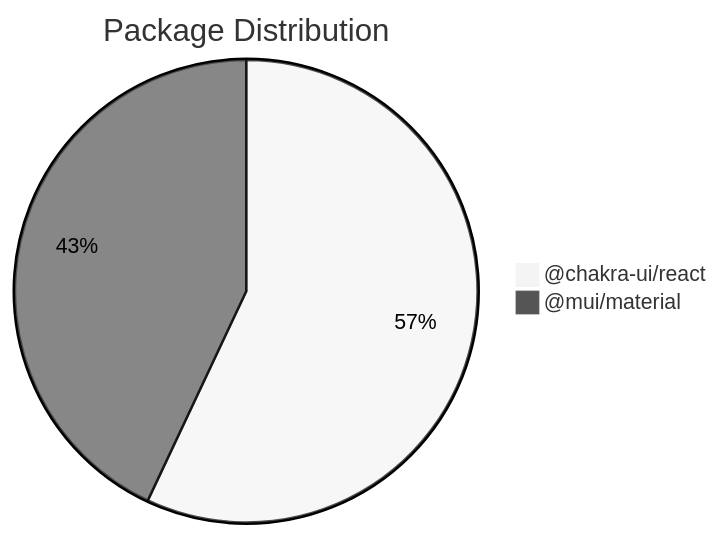
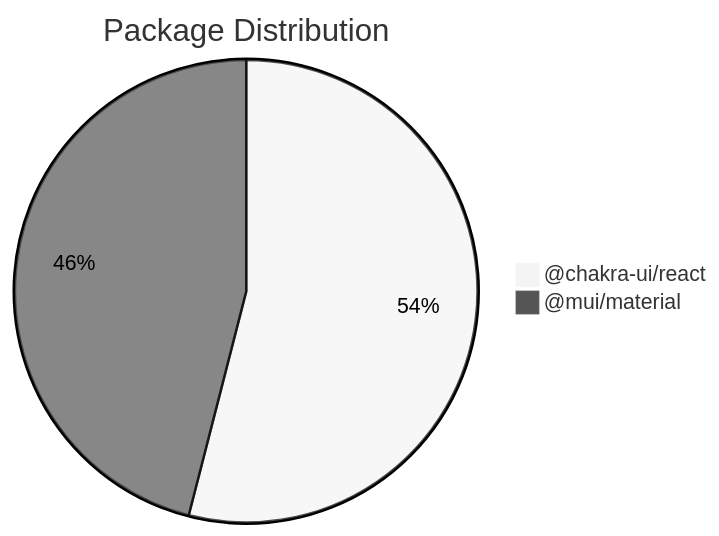
One commit to star4beam/react-package-analyzer changed the second of 2 diagrams in test-project-import-analysis/components.md. Above: the diagram before and after it, drawn with Mermaid (neutral theme). The commit also changed other lines of this file and 67 other files, not shown here.

````diff
--- a/test-project-import-analysis/components.md
+++ b/test-project-import-analysis/components.md
@@ -100,5 +100,5 @@
 ```mermaid
 pie title Package Distribution
-    "@chakra-ui/react" : 57
-    "@mui/material" : 43
+    "@chakra-ui/react" : 54
+    "@mui/material" : 46
 ```
````
